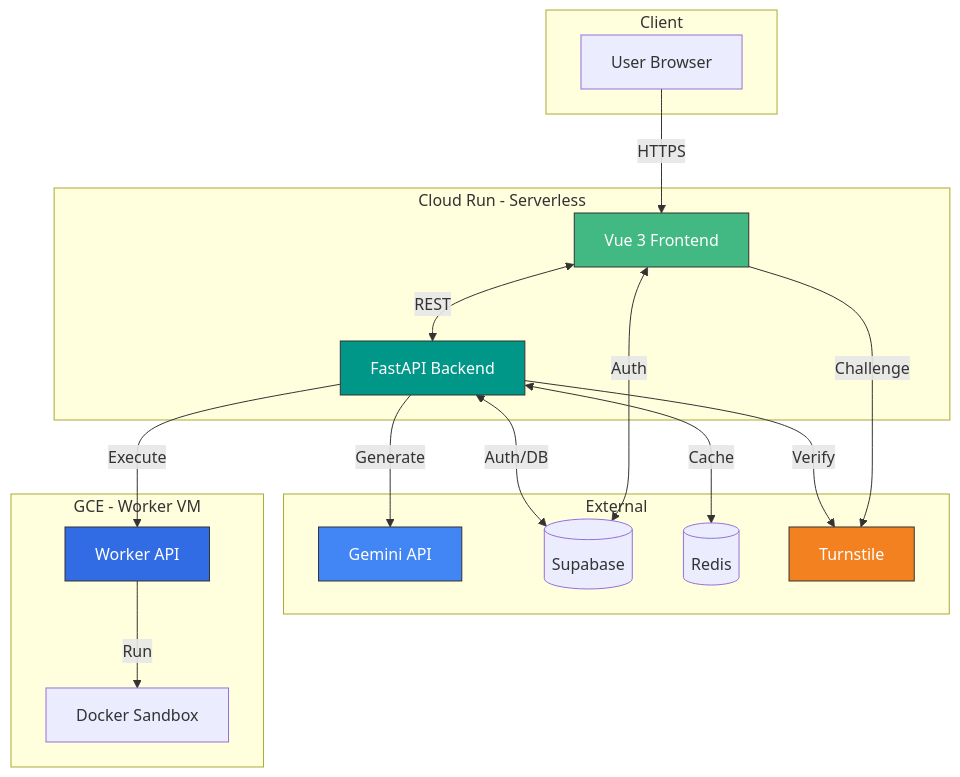
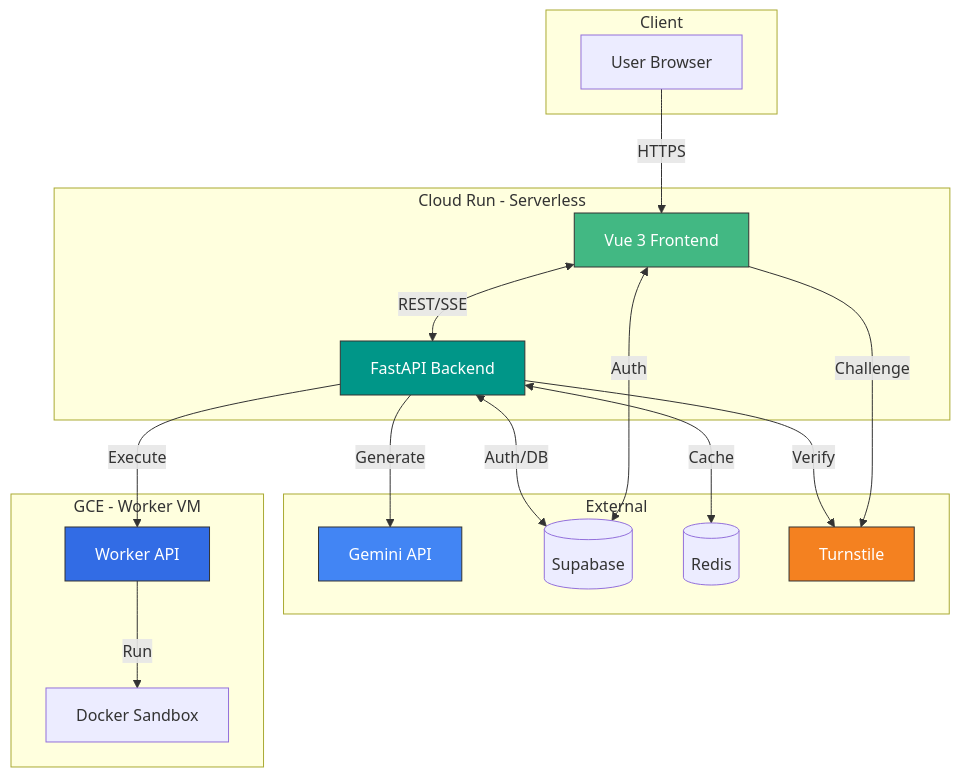
The diagram in README.md (SJ-Son/TESTER), drawn with Mermaid before and after one commit. The commit also changed other lines of this file and 12 other files, not shown here.

````diff
--- a/README.md
+++ b/README.md
@@ -59,40 +63,40 @@
 ```mermaid
 graph TB
     subgraph Client
         U[User Browser]
     end
-    
+
     subgraph "Cloud Run - Serverless"
         FE[Vue 3 Frontend]
         BE[FastAPI Backend]
     end
-    
+
     subgraph External
         G[Gemini API]
         S[(Supabase)]
         R[(Redis)]
         T[Turnstile]
     end
-    
+
     subgraph "GCE - Worker VM"
         W[Worker API]
         D[Docker Sandbox]
     end
-    
+
     U -->|HTTPS| FE
-    FE <--> |REST| BE
-    FE <--> |Auth| S
-    FE --> |Challenge| T
+    FE <-->|REST/SSE| BE
+    FE <-->|Auth| S
+    FE -->|Challenge| T
     BE -->|Generate| G
     BE <-->|Cache| R
     BE <-->|Auth/DB| S
     BE -->|Verify| T
     BE -->|Execute| W
     W -->|Run| D
-    
+
     style FE fill:#42b883,stroke:#333,color:#fff
     style BE fill:#009688,stroke:#333,color:#fff
     style G fill:#4285f4,stroke:#333,color:#fff
     style W fill:#326ce5,stroke:#333,color:#fff
     style T fill:#f48120,stroke:#333,color:#fff
 ```
````
